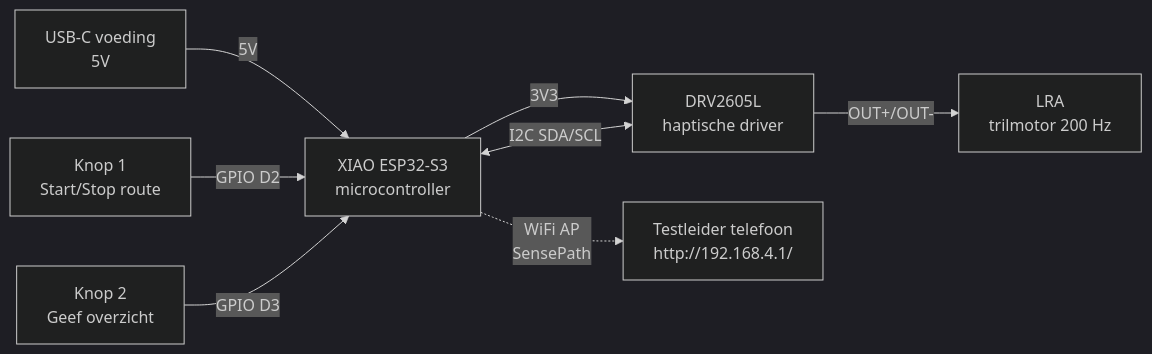
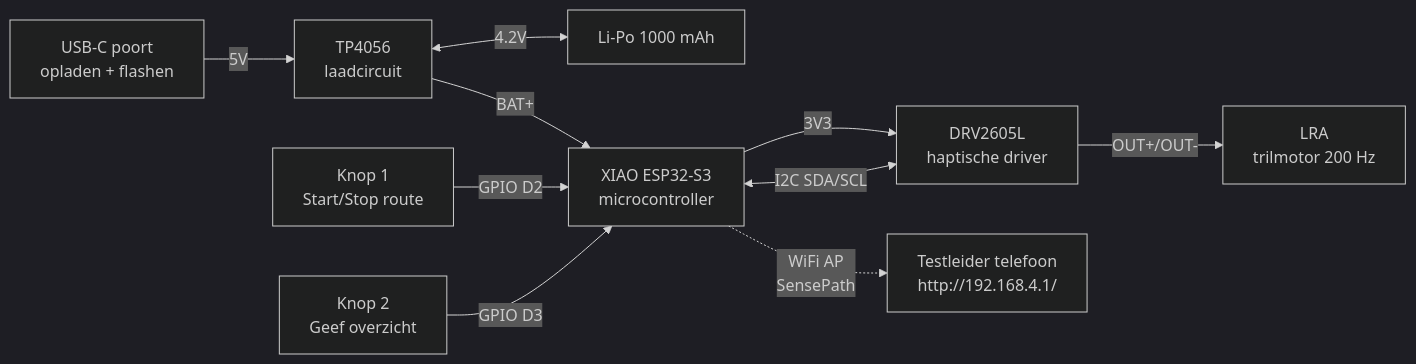
One commit to spiryns/UCD changed the diagram in docs/wiring.md. Above: the diagram before and after it, drawn with Mermaid (dark theme). The commit also changed other lines of this file and 2 other files, not shown here.

Commit message:
docs: corrigeer batterij ; SensePath is autonoom met interne Li-Po en USB-C opladen (geen externe USB-voeding)

````diff
--- a/docs/wiring.md
+++ b/docs/wiring.md
@@ -9,11 +9,12 @@
 ```mermaid
 flowchart LR
-    USB[USB-C voeding<br/>5V] -->|5V| XIAO
-    XIAO[XIAO ESP32-S3<br/>microcontroller]
+    USBC[USB-C poort<br/>opladen + flashen] -->|5V| TP[TP4056<br/>laadcircuit]
+    TP <-->|4.2V| BAT[Li-Po 1000 mAh]
+    TP -->|BAT+| XIAO[XIAO ESP32-S3<br/>microcontroller]
     XIAO -->|3V3| DRV[DRV2605L<br/>haptische driver]
     XIAO <-->|I2C SDA/SCL| DRV
     DRV -->|OUT+/OUT-| LRA[LRA<br/>trilmotor 200 Hz]
     BTN1[Knop 1<br/>Start/Stop route] -->|GPIO D2| XIAO
     BTN2[Knop 2<br/>Geef overzicht] -->|GPIO D3| XIAO
     XIAO -.->|WiFi AP<br/>SensePath| PHONE[Testleider telefoon<br/>http://192.168.4.1/]
 ```
````
